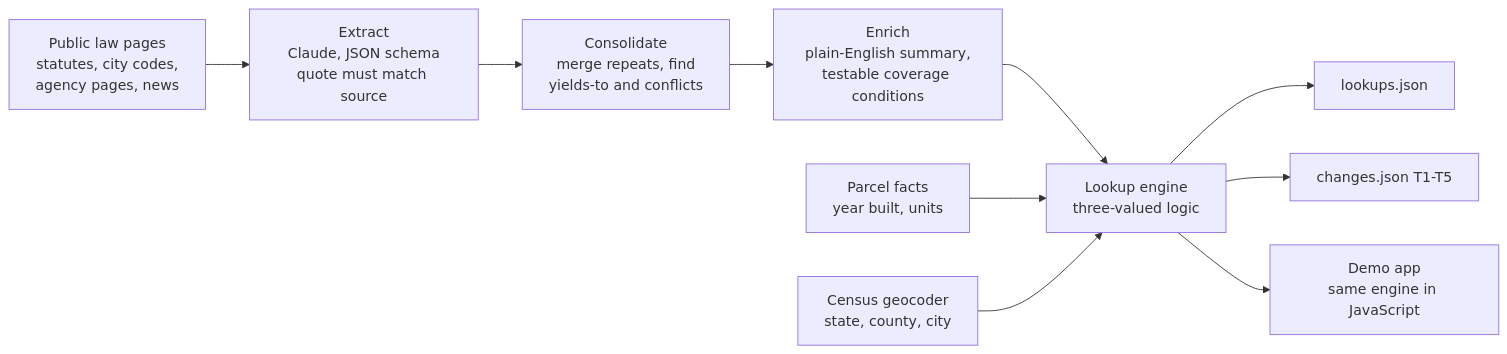
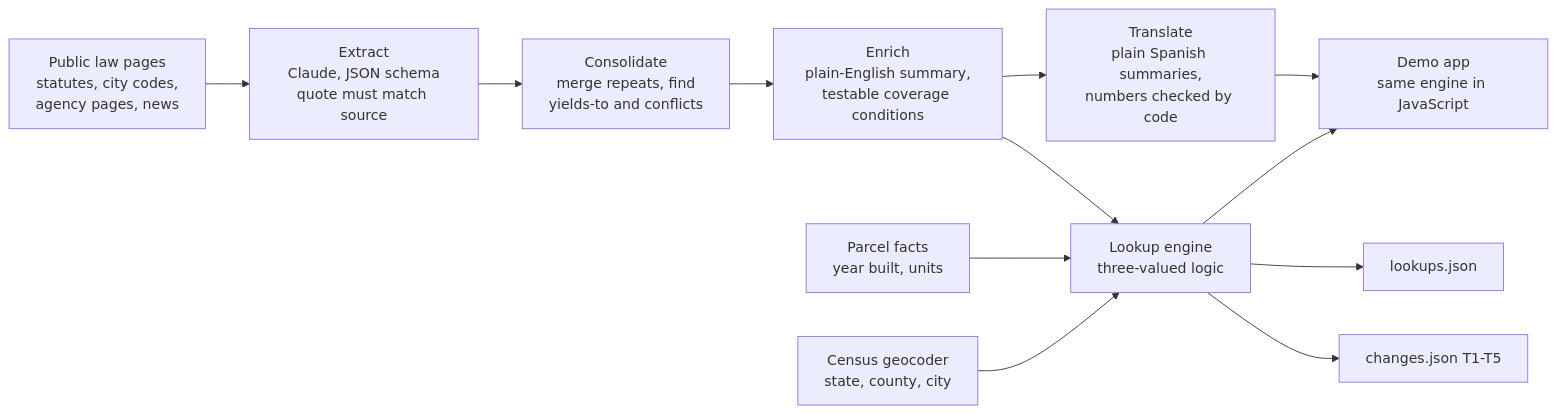
The diagram in README.md (Ahmadkonainah/hack-nation-pioneer), drawn with Mermaid before and after one commit. The commit also changed other lines of this file and 178 other files, not shown here.

````diff
--- a/README.md
+++ b/README.md
@@ -43,12 +46,14 @@
 ```mermaid
 flowchart LR
   A[Public law pages\nstatutes, city codes,\nagency pages, news] --> B[Extract\nClaude, JSON schema\nquote must match source]
   B --> C[Consolidate\nmerge repeats, find\nyields-to and conflicts]
   C --> D[Enrich\nplain-English summary,\ntestable coverage conditions]
+  D --> T[Translate\nplain Spanish summaries,\nnumbers checked by code]
   D --> G[Lookup engine\nthree-valued logic]
+  T --> J
   E[Parcel facts\nyear built, units] --> G
   F[Census geocoder\nstate, county, city] --> G
   G --> H[lookups.json]
   G --> I[changes.json T1-T5]
   G --> J[Demo app\nsame engine in JavaScript]
 ```
````
